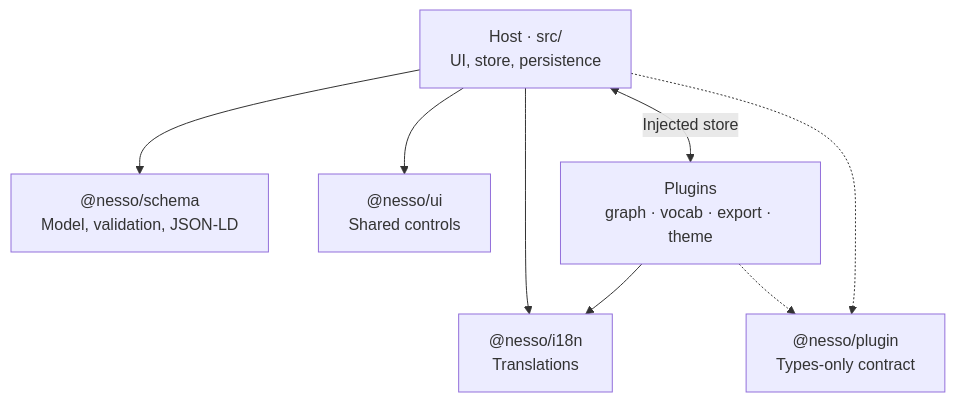
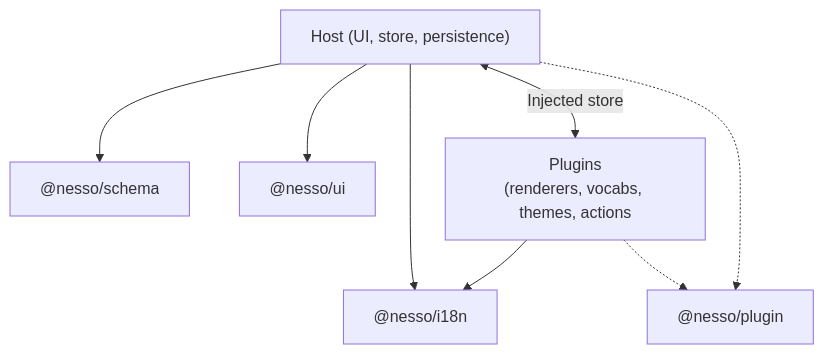
The diagram in README.md (nesso-how/nesso), drawn with Mermaid before and after one commit. The commit also changed other lines of this file, not shown here.

````diff
--- a/README.md
+++ b/README.md
@@ -43,11 +39,11 @@
 ```mermaid
 flowchart TD
-  Host["Host · src/<br/>UI, store, persistence"]
-  Host --> Schema["@nesso/schema<br/>Model, validation, JSON-LD"]
-  Host --> UI["@nesso/ui<br/>Shared controls"]
-  Host --> I18n["@nesso/i18n<br/>Translations"]
-  Host <-->|Injected store| Plugins["Plugins<br/>graph · vocab · export · theme"]
+  Host["Host (UI, store, persistence)"]
+  Host --> Schema["@nesso/schema"]
+  Host --> UI["@nesso/ui"]
+  Host --> I18n["@nesso/i18n"]
+  Host <-->|Injected store| Plugins["Plugins<br/>(renderers, vocabs, themes, actions"]
   Plugins --> I18n
-  Host -.-> Contract["@nesso/plugin<br/>Types-only contract"]
+  Host -.-> Contract["@nesso/plugin"]
   Plugins -.-> Contract
 ```
````
